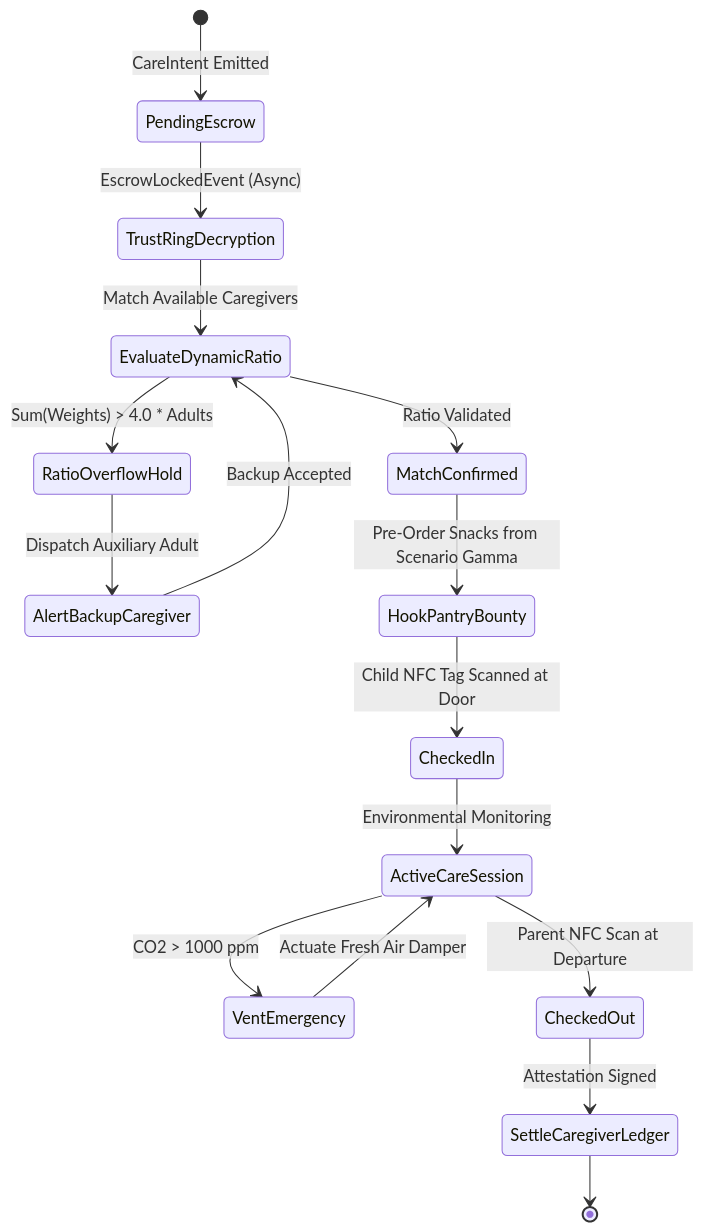
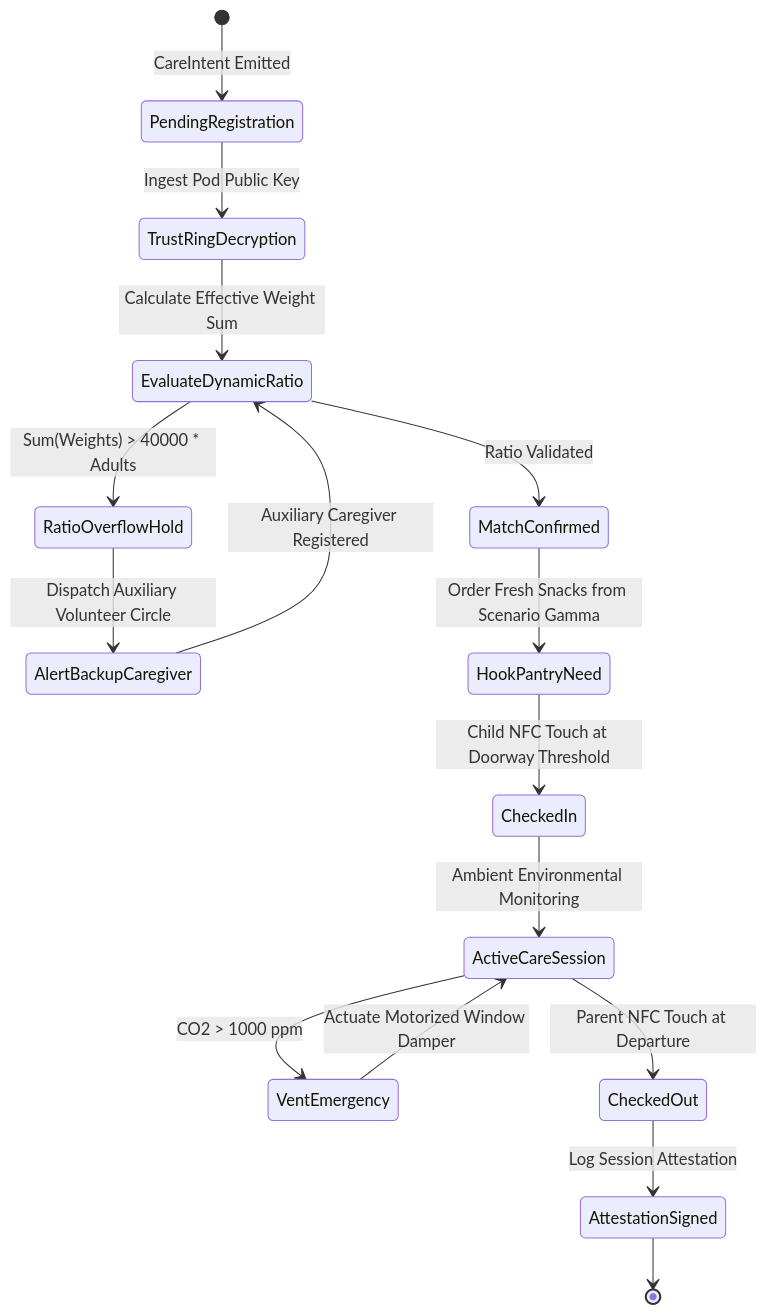
Before and after one commit to raffaine/collective: the second of 4 diagrams in docs/scenarios/delta_childcare.md, drawn with Mermaid. The commit also changed other lines of this file and 23 other files, not shown here.

````diff
--- a/docs/scenarios/delta_childcare.md
+++ b/docs/scenarios/delta_childcare.md
@@ -79,18 +87,18 @@
 ```mermaid
 stateDiagram-v2
-    [*] --> PendingEscrow: CareIntent Emitted
-    PendingEscrow --> TrustRingDecryption: EscrowLockedEvent (Async)
-    TrustRingDecryption --> EvaluateDynamicRatio: Match Available Caregivers
-    EvaluateDynamicRatio --> RatioOverflowHold: Sum(Weights) > 4.0 * Adults
-    RatioOverflowHold --> AlertBackupCaregiver: Dispatch Auxiliary Adult
-    AlertBackupCaregiver --> EvaluateDynamicRatio: Backup Accepted
+    [*] --> PendingRegistration: CareIntent Emitted
+    PendingRegistration --> TrustRingDecryption: Ingest Pod Public Key
+    TrustRingDecryption --> EvaluateDynamicRatio: Calculate Effective Weight Sum
+    EvaluateDynamicRatio --> RatioOverflowHold: Sum(Weights) > 40000 * Adults
+    RatioOverflowHold --> AlertBackupCaregiver: Dispatch Auxiliary Volunteer Circle
+    AlertBackupCaregiver --> EvaluateDynamicRatio: Auxiliary Caregiver Registered
     EvaluateDynamicRatio --> MatchConfirmed: Ratio Validated
-    MatchConfirmed --> HookPantryBounty: Pre-Order Snacks from Scenario Gamma
-    HookPantryBounty --> CheckedIn: Child NFC Tag Scanned at Door
-    CheckedIn --> ActiveCareSession: Environmental Monitoring
+    MatchConfirmed --> HookPantryNeed: Order Fresh Snacks from Scenario Gamma
+    HookPantryNeed --> CheckedIn: Child NFC Touch at Doorway Threshold
+    CheckedIn --> ActiveCareSession: Ambient Environmental Monitoring
     ActiveCareSession --> VentEmergency: CO2 > 1000 ppm
-    VentEmergency --> ActiveCareSession: Actuate Fresh Air Damper
-    ActiveCareSession --> CheckedOut: Parent NFC Scan at Departure
-    CheckedOut --> SettleCaregiverLedger: Attestation Signed
-    SettleCaregiverLedger --> [*]
+    VentEmergency --> ActiveCareSession: Actuate Motorized Window Damper
+    ActiveCareSession --> CheckedOut: Parent NFC Touch at Departure
+    CheckedOut --> AttestationSigned: Log Session Attestation
+    AttestationSigned --> [*]
 ```
````
